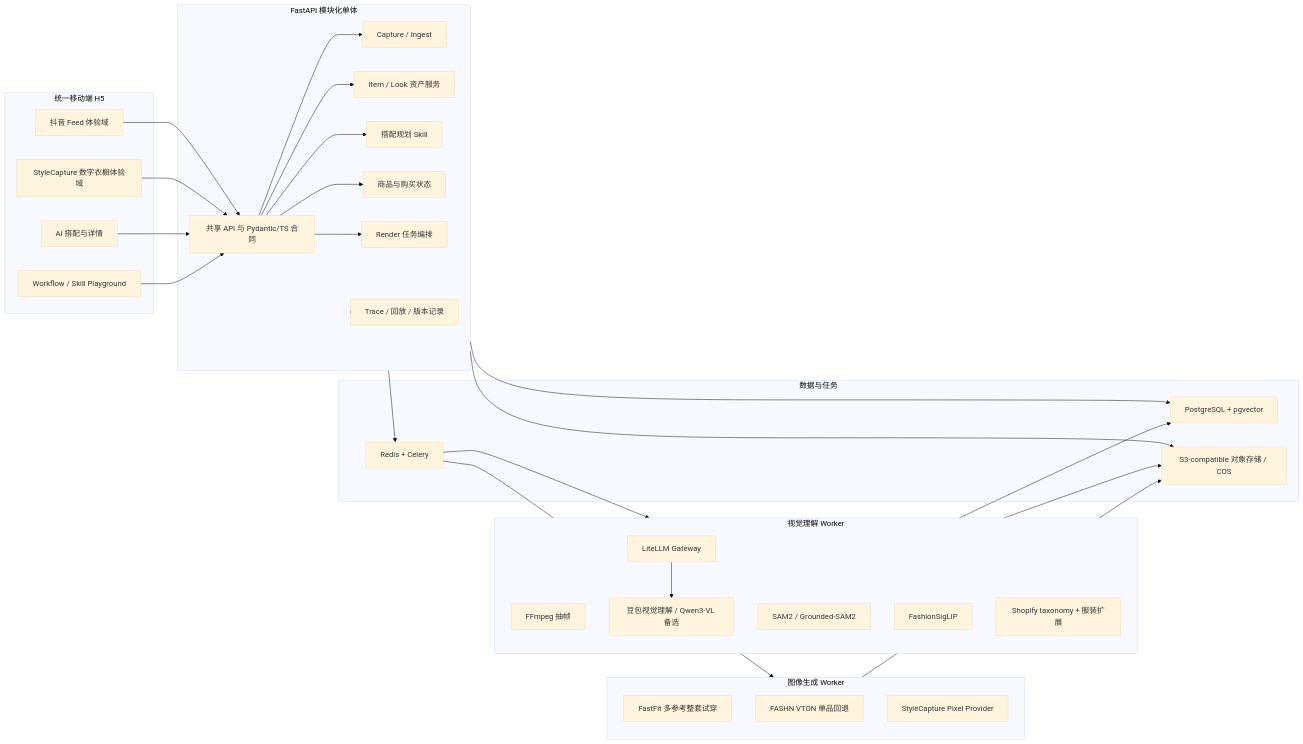
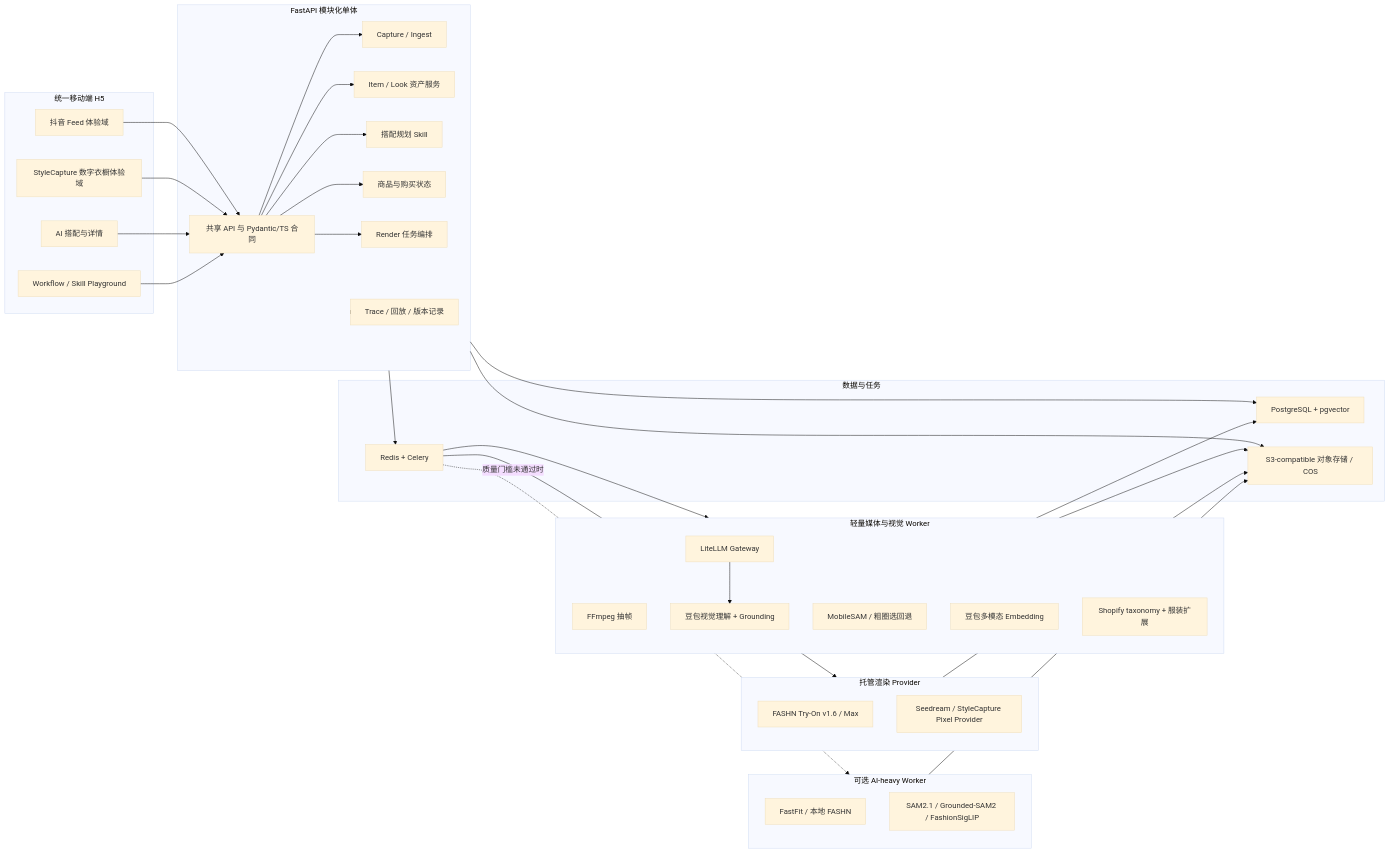
Before and after one commit to xinzhuwang-wxz/StyleCapture-plus: the first of 2 diagrams in docs/architecture/TECHNICAL-DECISIONS.md, drawn with Mermaid (base theme). The commit also changed other lines of this file and 7 other files, not shown here.

First line of the commit message:
Keep product quality without making GPU hosting mandatory

````diff
--- a/docs/architecture/TECHNICAL-DECISIONS.md
+++ b/docs/architecture/TECHNICAL-DECISIONS.md
@@ -21,60 +21,66 @@
 ```mermaid
 flowchart LR
     subgraph H5["统一移动端 H5"]
         Feed["抖音 Feed 体验域"]
         Wardrobe["StyleCapture 数字衣橱体验域"]
         Dressing["AI 搭配与详情"]
         Playground["Workflow / Skill Playground"]
     end
 
     subgraph Core["FastAPI 模块化单体"]
         API["共享 API 与 Pydantic/TS 合同"]
         Capture["Capture / Ingest"]
         Assets["Item / Look 资产服务"]
         Reco["搭配规划 Skill"]
         Commerce["商品与购买状态"]
         Render["Render 任务编排"]
         Trace["Trace / 回放 / 版本记录"]
     end
 
     subgraph Data["数据与任务"]
         PG["PostgreSQL + pgvector"]
         Redis["Redis + Celery"]
         Object["S3-compatible 对象存储 / COS"]
     end
 
-    subgraph Vision["视觉理解 Worker"]
+    subgraph Vision["轻量媒体与视觉 Worker"]
         FFmpeg["FFmpeg 抽帧"]
-        SAM["SAM2 / Grounded-SAM2"]
+        SAM["MobileSAM / 粗圈选回退"]
         Gateway["LiteLLM Gateway"]
-        VLM["豆包视觉理解 / Qwen3-VL 备选"]
-        Embed["FashionSigLIP"]
+        VLM["豆包视觉理解 + Grounding"]
+        Embed["豆包多模态 Embedding"]
         Taxonomy["Shopify taxonomy + 服装扩展"]
     end
 
-    subgraph GPU["图像生成 Worker"]
-        FastFit["FastFit 多参考整套试穿"]
-        Fashn["FASHN VTON 单品回退"]
-        Pixel["StyleCapture Pixel Provider"]
+    subgraph Hosted["托管渲染 Provider"]
+        Fashn["FASHN Try-On v1.6 / Max"]
+        Pixel["Seedream / StyleCapture Pixel Provider"]
+    end
+
+    subgraph OptionalGPU["可选 AI-heavy Worker"]
+        FastFit["FastFit / 本地 FASHN"]
+        Quality["SAM2.1 / Grounded-SAM2 / FashionSigLIP"]
     end
 
     Feed --> API
     Wardrobe --> API
     Dressing --> API
     Playground --> API
     API --> Capture
     API --> Assets
     API --> Reco
     API --> Commerce
     API --> Render
     Core --> PG
     Core --> Redis
     Core --> Object
     Redis --> Vision
-    Redis --> GPU
+    Redis --> Hosted
+    Redis -. 质量门槛未通过时 .-> OptionalGPU
     Gateway --> VLM
     Vision --> PG
     Vision --> Object
-    GPU --> Object
+    Hosted --> Object
+    OptionalGPU --> Object
     Core --> Trace
 ```
````
